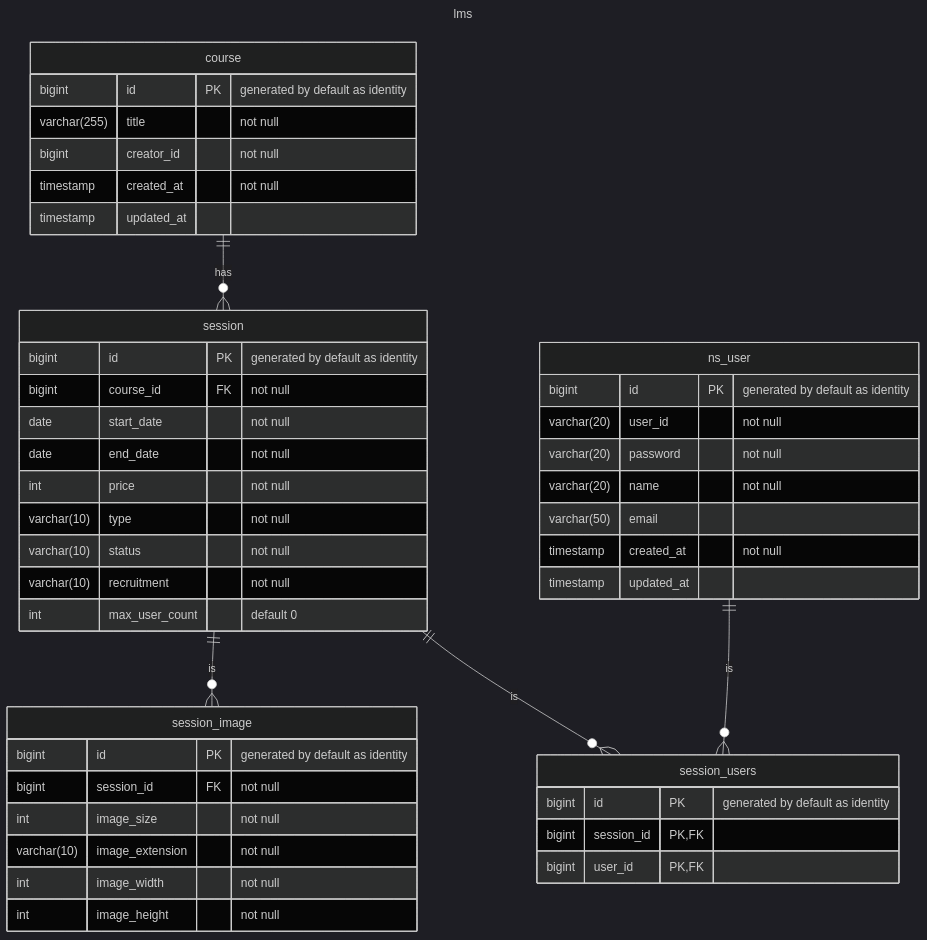
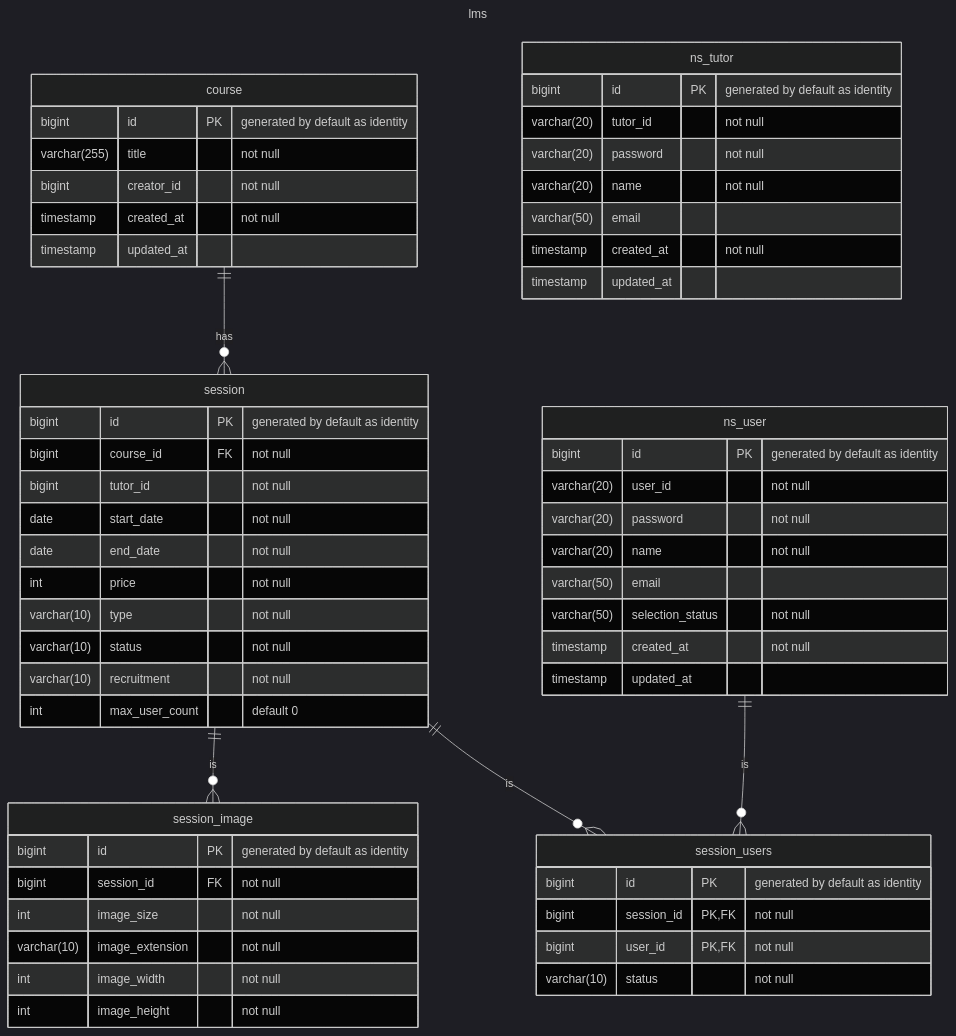
Before and after one commit to next-step/java-lms: the diagram in README.md, drawn with Mermaid (dark theme). The commit also changed other lines of this file and 23 other files, not shown here.

````diff
--- a/README.md
+++ b/README.md
@@ -86,50 +85,62 @@
 ```mermaid
 ---
 title: lms
 ---
 erDiagram
     course {
         bigint id PK "generated by default as identity"
         varchar(255) title "not null"
         bigint creator_id "not null"
         timestamp created_at "not null"
         timestamp updated_at
     }
     course ||--o{ session: has
     session_image {
-      bigint id PK "generated by default as identity"
-      bigint session_id FK "not null"
-      int image_size "not null"
-      varchar(10) image_extension "not null"
-      int image_width "not null"
-      int image_height "not null"
+        bigint id PK "generated by default as identity"
+        bigint session_id FK "not null"
+        int image_size "not null"
+        varchar(10) image_extension "not null"
+        int image_width "not null"
+        int image_height "not null"
     }
     session ||--o{ session_image: is
     session {
         bigint id PK "generated by default as identity"
         bigint course_id FK "not null"
+        bigint tutor_id "not null"
         date start_date "not null"
         date end_date "not null"
         int price "not null"
         varchar(10) type "not null"
         varchar(10) status "not null"
         varchar(10) recruitment "not null"
         int max_user_count "default 0"
     }
     session ||--o{ session_users: is
     session_users {
         bigint id PK "generated by default as identity"
-        bigint session_id PK, FK
-        bigint user_id PK, FK
+        bigint session_id PK, FK "not null"
+        bigint user_id PK, FK "not null"
+        varchar(10) status "not null"
     }
     ns_user ||--o{ session_users: is
     ns_user {
         bigint id PK "generated by default as identity"
         varchar(20) user_id "not null"
         varchar(20) password "not null"
         varchar(20) name "not null"
         varchar(50) email
+        varchar(50) selection_status "not null"
+        timestamp created_at "not null"
+        timestamp updated_at
+    }
+    ns_tutor {
+        bigint id PK "generated by default as identity"
+        varchar(20) tutor_id "not null"
+        varchar(20) password "not null"
+        varchar(20) name "not null"
+        varchar(50) email
         timestamp created_at "not null"
         timestamp updated_at
     }
 ```
````
